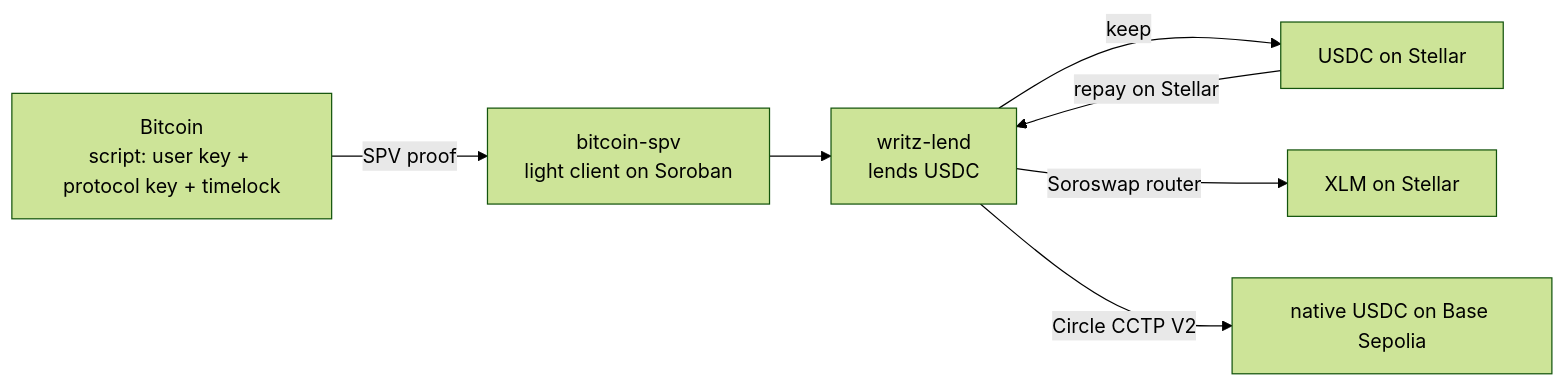
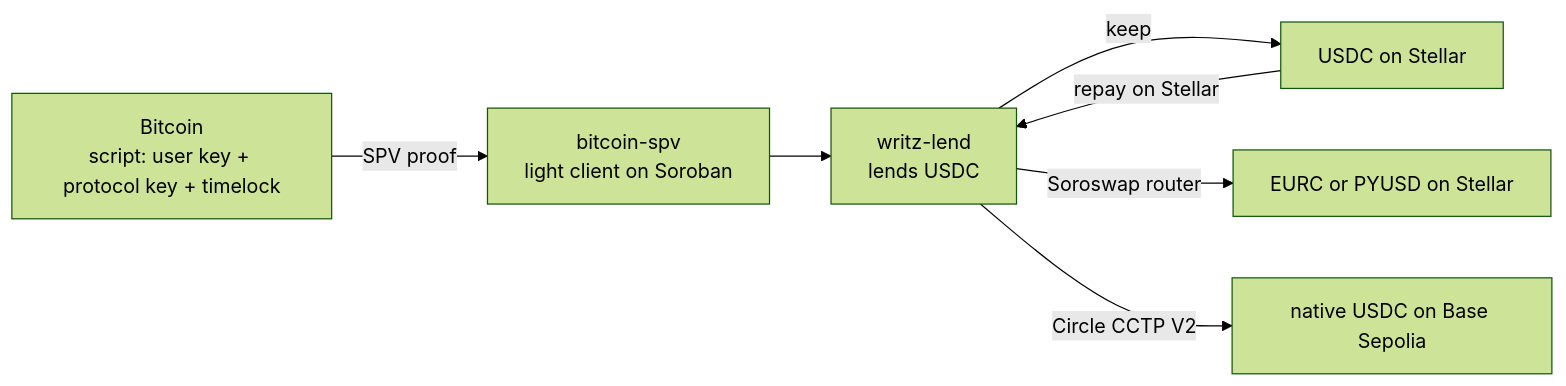
The diagram in HACKMERIDIAN.md (WritzProtocol/writz), drawn with Mermaid (forest theme) before and after one commit. The commit also changed other lines of this file, not shown here.

````diff
--- a/HACKMERIDIAN.md
+++ b/HACKMERIDIAN.md
@@ -77,9 +77,9 @@
 ```mermaid
 flowchart LR
   BTC["Bitcoin<br/>script: user key + protocol key + timelock"] -->|SPV proof| SPV["bitcoin-spv<br/>light client on Soroban"]
   SPV --> LEND["writz-lend<br/>lends USDC"]
   LEND -->|keep| USDC["USDC on Stellar"]
-  LEND -->|Soroswap router| XLM["XLM on Stellar"]
+  LEND -->|Soroswap router| STB["EURC or PYUSD on Stellar"]
   LEND -->|Circle CCTP V2| BASE["native USDC on Base Sepolia"]
   USDC -->|repay on Stellar| LEND
 ```
````
